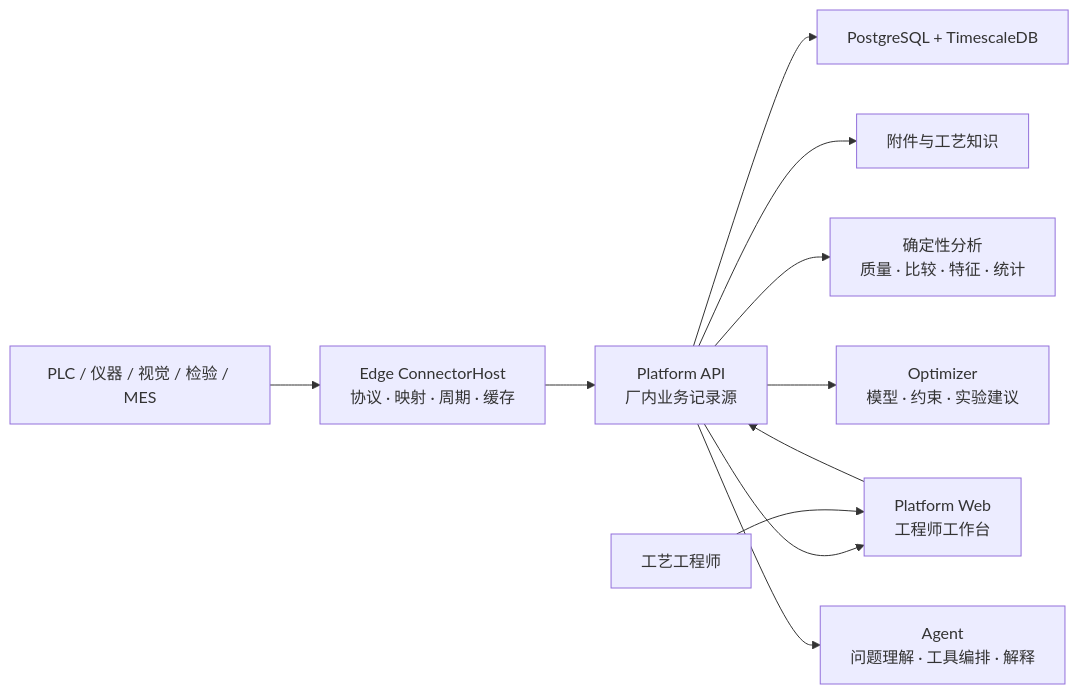
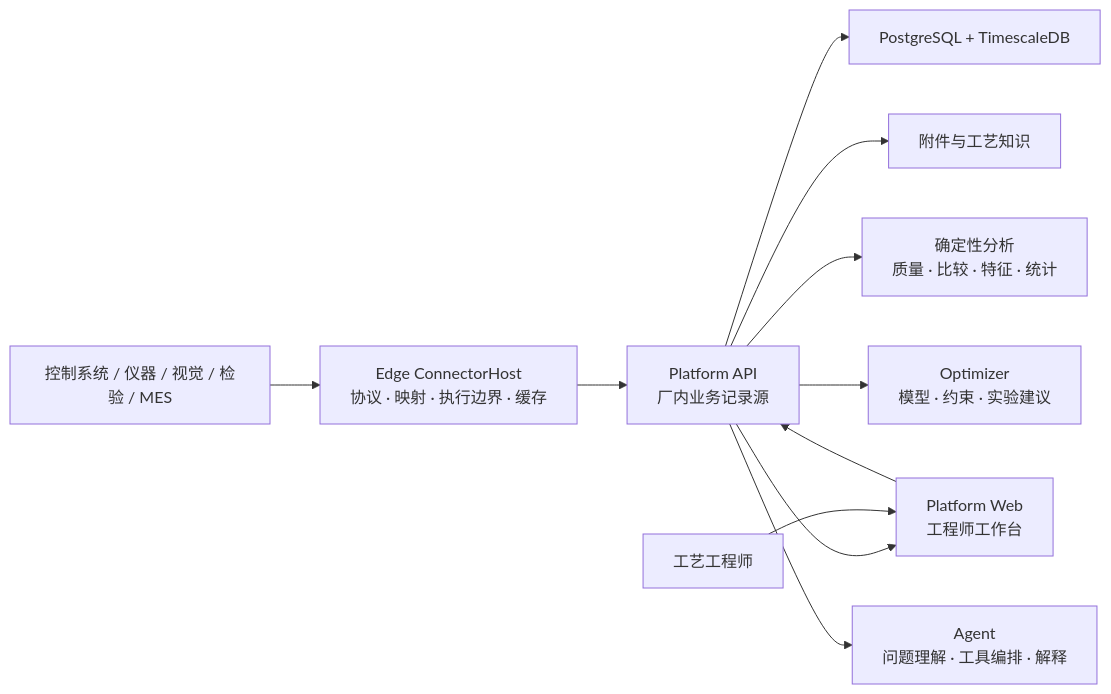
The diagram in docs/design.md (liuweichaox/Ingot), drawn with Mermaid before and after one commit. The commit also changed other lines of this file and 308 other files, not shown here.

````diff
--- a/docs/design.md
+++ b/docs/design.md
@@ -41,13 +41,13 @@
 ```mermaid
 flowchart LR
-    Sources["PLC / 仪器 / 视觉 / 检验 / MES"] --> Edge["Edge ConnectorHost\n协议 · 映射 · 周期 · 缓存"]
+    Sources["控制系统 / 仪器 / 视觉 / 检验 / MES"] --> Edge["Edge ConnectorHost\n协议 · 映射 · 执行边界 · 缓存"]
     Edge --> Platform["Platform API\n厂内业务记录源"]
     Platform --> DB["PostgreSQL + TimescaleDB"]
     Platform --> Files["附件与工艺知识"]
     Platform --> Web["Platform Web\n工程师工作台"]
     Platform --> Analysis["确定性分析\n质量 · 比较 · 特征 · 统计"]
     Platform --> Optimizer["Optimizer\n模型 · 约束 · 实验建议"]
     Platform --> Agent["Agent\n问题理解 · 工具编排 · 解释"]
     Engineer["工艺工程师"] --> Web
     Web --> Platform
 ```
````
